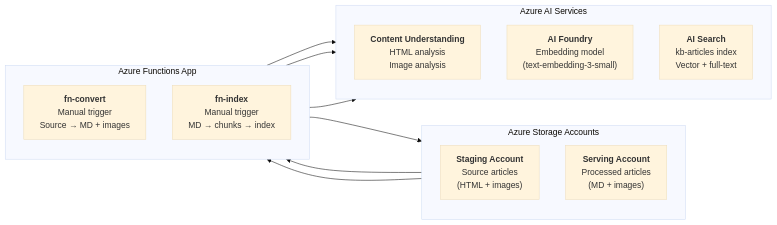
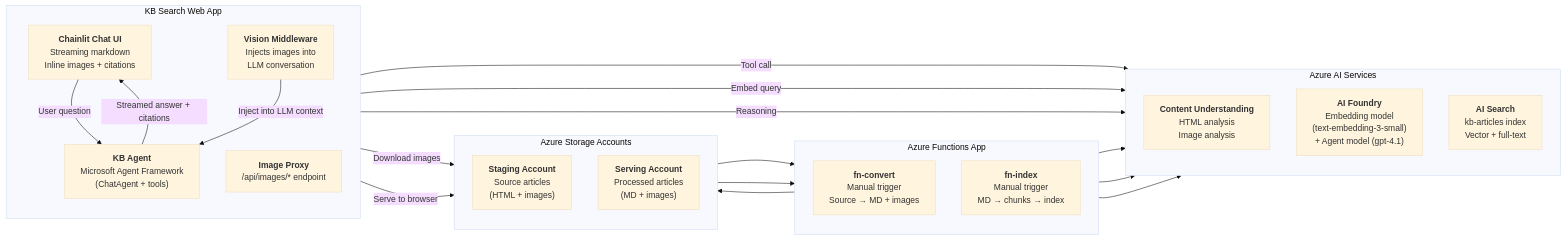
The second of 3 diagrams in docs/specs/architecture.md (aldelar/azure-knowledge-base-ingestion), drawn with Mermaid (base theme) before and after one commit. The commit also changed other lines of this file and 61 other files, not shown here.

Commit message:
web-app with local deployment

````diff
--- a/docs/specs/architecture.md
+++ b/docs/specs/architecture.md
@@ -66,28 +66,45 @@
 ```mermaid
 flowchart LR
     subgraph Storage["Azure Storage Accounts"]
         direction TB
         SA1["<b>Staging Account</b><br/>Source articles<br/>(HTML + images)"]
         SA2["<b>Serving Account</b><br/>Processed articles<br/>(MD + images)"]
     end
 
     subgraph Compute["Azure Functions App"]
         direction TB
         FN1["<b>fn-convert</b><br/>Manual trigger<br/>Source → MD + images"]
         FN2["<b>fn-index</b><br/>Manual trigger<br/>MD → chunks → index"]
     end
 
     subgraph AI["Azure AI Services"]
         direction TB
         CU["<b>Content Understanding</b><br/>HTML analysis<br/>Image analysis"]
-        AF["<b>AI Foundry</b><br/>Embedding model<br/>(text-embedding-3-small)"]
+        AF["<b>AI Foundry</b><br/>Embedding model<br/>(text-embedding-3-small)<br/>+ Agent model (gpt-4.1)"]
         AIS["<b>AI Search</b><br/>kb-articles index<br/>Vector + full-text"]
+    end
+
+    subgraph WebApp["KB Search Web App"]
+        direction TB
+        UI["<b>Chainlit Chat UI</b><br/>Streaming markdown<br/>Inline images + citations"]
+        AGENT["<b>KB Agent</b><br/>Microsoft Agent Framework<br/>(ChatAgent + tools)"]
+        VIS["<b>Vision Middleware</b><br/>Injects images into<br/>LLM conversation"]
+        PROXY["<b>Image Proxy</b><br/>/api/images/* endpoint"]
     end
 
     SA1 --> FN1
     FN1 --> CU
     FN1 --> SA2
     SA2 --> FN2
     FN2 --> AF
     FN2 --> AIS
+
+    UI -->|User question| AGENT
+    AGENT -->|Tool call| AIS
+    AGENT -->|Embed query| AF
+    AGENT -->|Reasoning| AF
+    VIS -->|Download images| SA2
+    VIS -->|Inject into LLM context| AGENT
+    PROXY -->|Serve to browser| SA2
+    AGENT -->|Streamed answer + citations| UI
 ```
````
